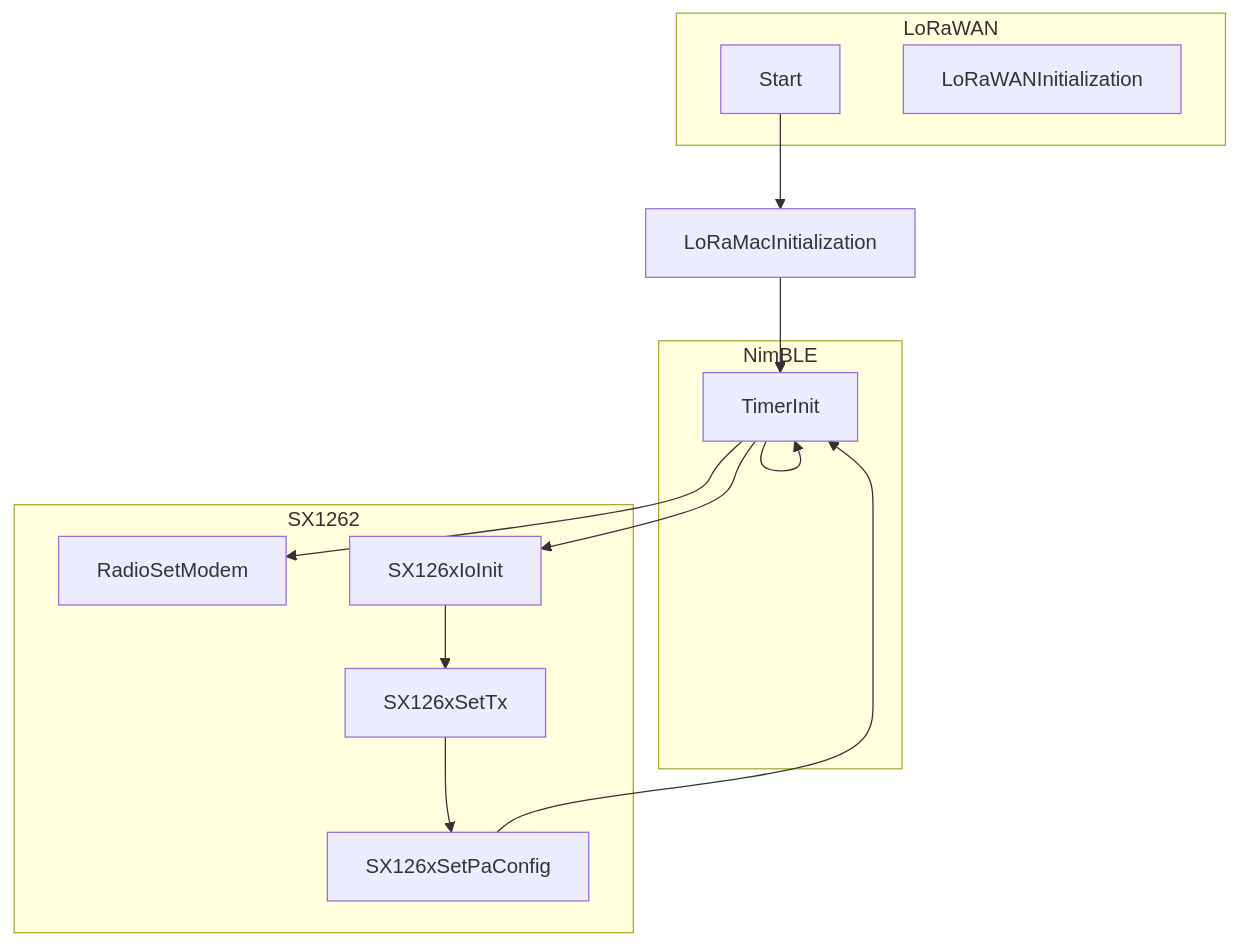
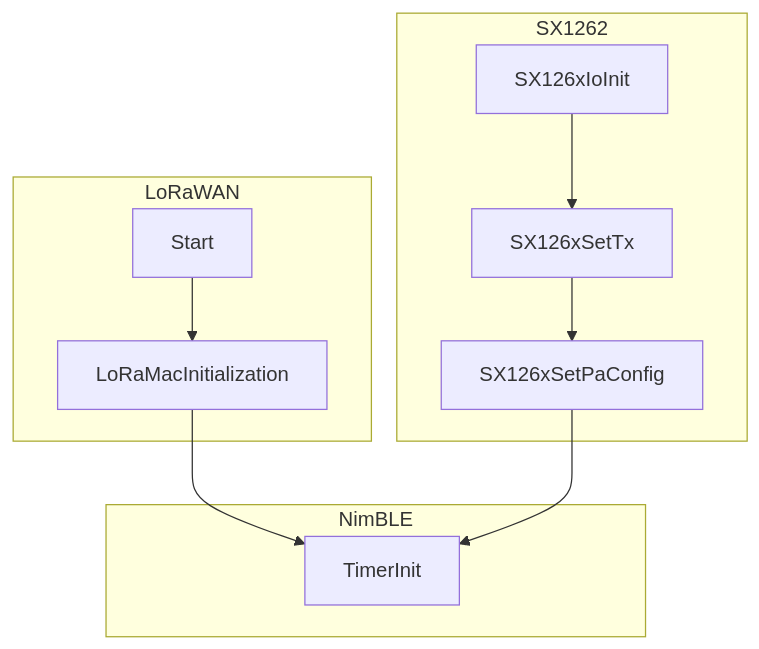
Before and after one commit to lupyuen/zig-bl602-nuttx: the second of 2 diagrams in README.md, drawn with Mermaid.

Commit message:
Adding subgraph

````diff
--- a/README.md
+++ b/README.md
@@ -2878,24 +2878,20 @@
 ```mermaid
 flowchart TD;
     subgraph LoRaWAN;
         Start;
-        LoRaWANInitialization;
+        LoRaMacInitialization;
     end;
     subgraph SX1262;
-        RadioSetModem;
         SX126xIoInit;
         SX126xSetTx;
         SX126xSetPaConfig;
     end;
     subgraph NimBLE;
         TimerInit;
     end;
     Start-->LoRaMacInitialization;
     LoRaMacInitialization-->TimerInit;
-    TimerInit-->TimerInit;
-    TimerInit-->SX126xIoInit;
     SX126xIoInit-->SX126xSetTx;
     SX126xSetTx-->SX126xSetPaConfig;
     SX126xSetPaConfig-->TimerInit;
-    TimerInit-->RadioSetModem;
 ```
````
